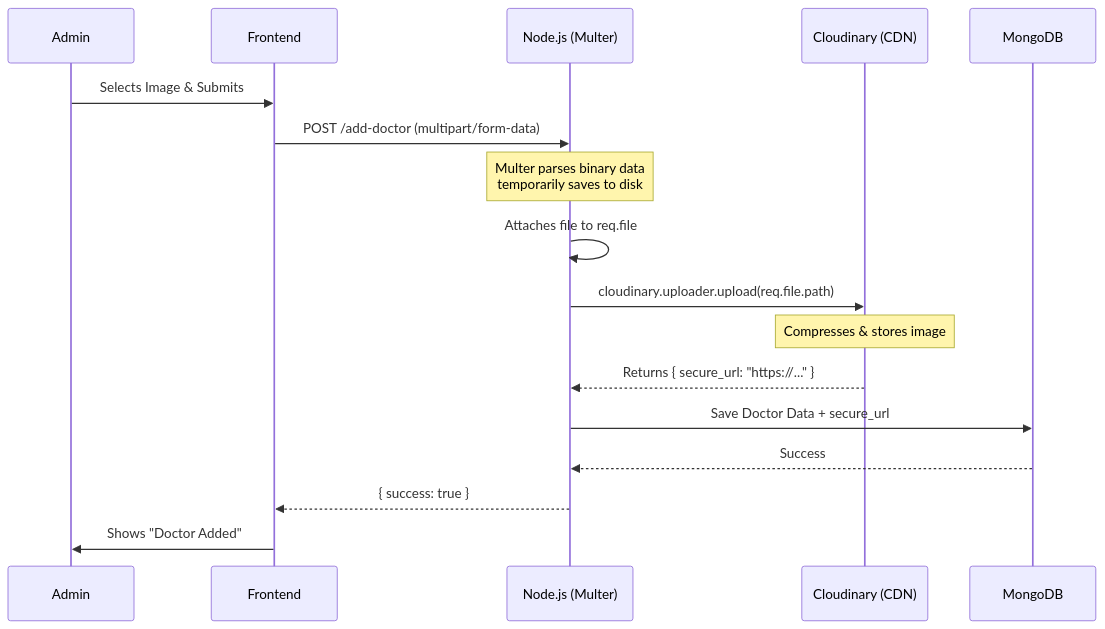
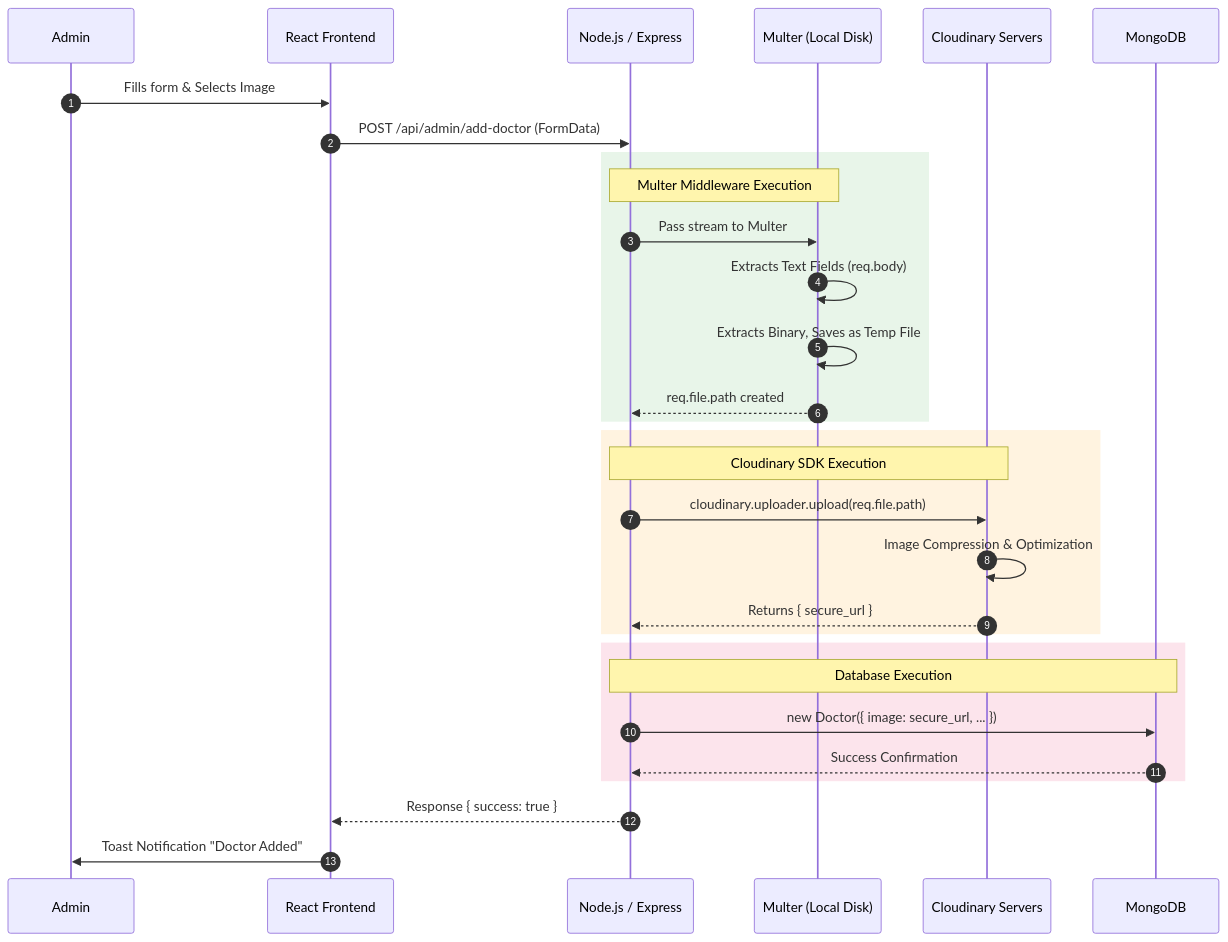
Before and after one commit to Divyakri93/Doctor_Project: the second of 4 diagrams in FILE_UPLOAD_FLOW.md, drawn with Mermaid. The commit also changed other lines of this file, not shown here.

Commit message:
docs: Upgraded FILE_UPLOAD_FLOW.md with detailed, styled Mermaid diagrams

````diff
--- a/FILE_UPLOAD_FLOW.md
+++ b/FILE_UPLOAD_FLOW.md
@@ -32,20 +49,37 @@
 ```mermaid
 sequenceDiagram
+    autonumber
     participant Admin
-    participant Frontend
-    participant NodeBackend as Node.js (Multer)
-    participant Cloudinary as Cloudinary (CDN)
-    participant MongoDB
-
-    Admin->>Frontend: Selects Image & Submits
-    Frontend->>NodeBackend: POST /add-doctor (multipart/form-data)
-    Note over NodeBackend: Multer parses binary data<br/>temporarily saves to disk
-    NodeBackend->>NodeBackend: Attaches file to req.file
-    NodeBackend->>Cloudinary: cloudinary.uploader.upload(req.file.path)
-    Note over Cloudinary: Compresses & stores image
-    Cloudinary-->>NodeBackend: Returns { secure_url: "https://..." }
-    NodeBackend->>MongoDB: Save Doctor Data + secure_url
-    MongoDB-->>NodeBackend: Success
-    NodeBackend-->>Frontend: { success: true }
-    Frontend->>Admin: Shows "Doctor Added"
+    participant React as React Frontend
+    participant Express as Node.js / Express
+    participant Multer as Multer (Local Disk)
+    participant Cloudinary as Cloudinary Servers
+    participant Mongo as MongoDB
+    
+    Admin->>React: Fills form & Selects Image
+    React->>Express: POST /api/admin/add-doctor (FormData)
+    
+    rect rgb(232, 245, 233)
+    Note over Express, Multer: Multer Middleware Execution
+    Express->>Multer: Pass stream to Multer
+    Multer->>Multer: Extracts Text Fields (req.body)
+    Multer->>Multer: Extracts Binary, Saves as Temp File
+    Multer-->>Express: req.file.path created
+    end
+    
+    rect rgb(255, 243, 224)
+    Note over Express, Cloudinary: Cloudinary SDK Execution
+    Express->>Cloudinary: cloudinary.uploader.upload(req.file.path)
+    Cloudinary->>Cloudinary: Image Compression & Optimization
+    Cloudinary-->>Express: Returns { secure_url }
+    end
+    
+    rect rgb(252, 228, 236)
+    Note over Express, Mongo: Database Execution
+    Express->>Mongo: new Doctor({ image: secure_url, ... })
+    Mongo-->>Express: Success Confirmation
+    end
+    
+    Express-->>React: Response { success: true }
+    React->>Admin: Toast Notification "Doctor Added"
 ```
````
